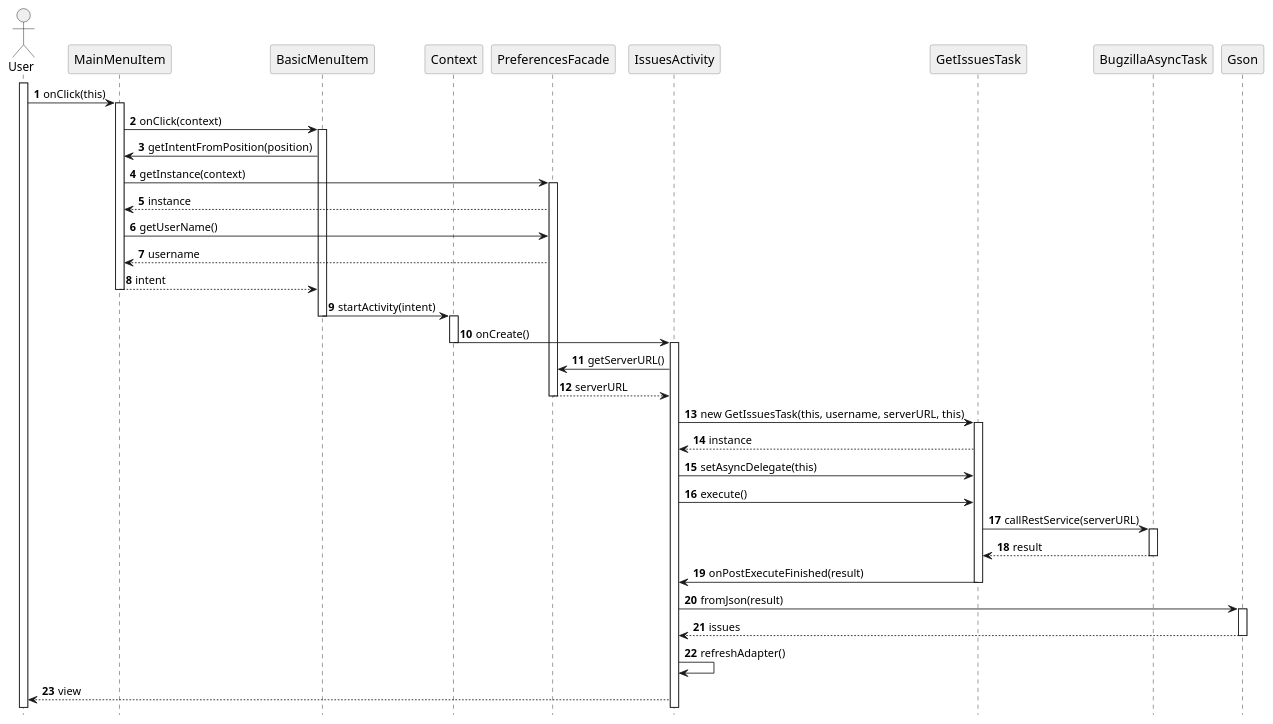
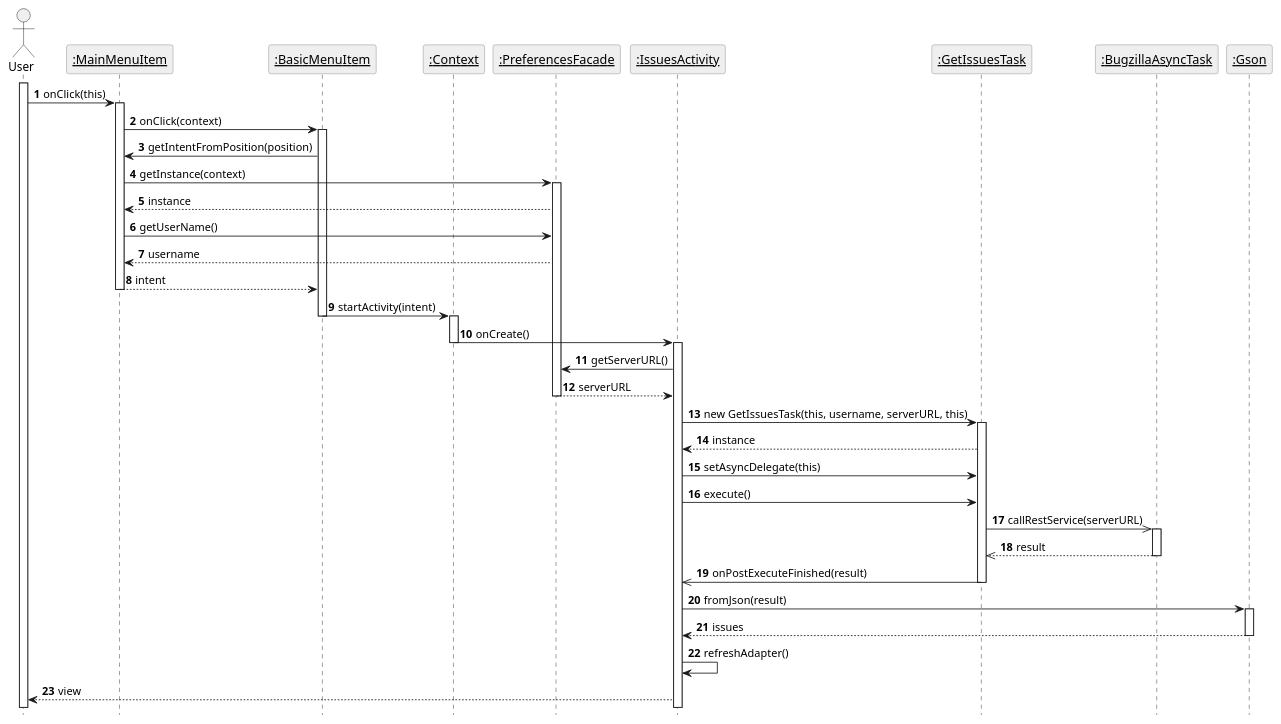
Before and after one commit to ErosFricker/bachelor-thesis: the diagram in sequence_diagrams/user_issues.puml, drawn with PlantUML. The commit also changed 73 other files, not shown here.

```diff
--- a/sequence_diagrams/user_issues.puml
+++ b/sequence_diagrams/user_issues.puml
@@ -1,75 +1,75 @@
 @startuml
 
 hide footbox
 
 autonumber
 
 skinparam sequence {
     ParticipantBorderColor grey
     ParticipantBackgroundColor #EFEFEF
     ParticipantFontName Futura
     ParticipantFontSize 15
 
     ActorBackgroundColor #EFEFEF
     ActorBorderColor black
 
     ArrowFontName Futura
 }
 
 actor User
-participant MainMenuItem
-participant BasicMenuItem
-participant Context
-participant PreferencesFacade
-participant IssuesActivity
-participant GetIssuesTask
-participant BugzillaAsyncTask
-participant Gson
+participant "__:MainMenuItem__"
+participant "__:BasicMenuItem__"
+participant "__:Context__"
+participant "__:PreferencesFacade__"
+participant "__:IssuesActivity__"
+participant "__:GetIssuesTask__"
+participant "__:BugzillaAsyncTask__"
+participant "__:Gson__"
 
 activate User
-User -> MainMenuItem:onClick(this)
-activate MainMenuItem
-MainMenuItem -> BasicMenuItem:onClick(context)
-activate BasicMenuItem
-BasicMenuItem -> MainMenuItem:getIntentFromPosition(position)
-MainMenuItem -> PreferencesFacade:getInstance(context)
-activate PreferencesFacade
-PreferencesFacade --> MainMenuItem: instance
-MainMenuItem -> PreferencesFacade: getUserName()
-PreferencesFacade --> MainMenuItem: username
-MainMenuItem --> BasicMenuItem:intent
- deactivate MainMenuItem
+User -> "__:MainMenuItem__":onClick(this)
+activate "__:MainMenuItem__"
+"__:MainMenuItem__" -> "__:BasicMenuItem__":onClick(context)
+activate "__:BasicMenuItem__"
+"__:BasicMenuItem__" -> "__:MainMenuItem__":getIntentFromPosition(position)
+"__:MainMenuItem__" -> "__:PreferencesFacade__":getInstance(context)
+activate "__:PreferencesFacade__"
+"__:PreferencesFacade__" --> "__:MainMenuItem__": instance
+"__:MainMenuItem__" -> "__:PreferencesFacade__": getUserName()
+"__:PreferencesFacade__" --> "__:MainMenuItem__": username
+"__:MainMenuItem__" --> "__:BasicMenuItem__":intent
+ deactivate "__:MainMenuItem__"
 
- BasicMenuItem -> Context:startActivity(intent)
- deactivate BasicMenuItem
+ "__:BasicMenuItem__" -> "__:Context__":startActivity(intent)
+ deactivate "__:BasicMenuItem__"
 
- activate Context
- Context -> IssuesActivity:onCreate()
- deactivate Context
- activate IssuesActivity
- IssuesActivity -> PreferencesFacade:getServerURL()
- PreferencesFacade --> IssuesActivity:serverURL
- deactivate PreferencesFacade
- IssuesActivity -> GetIssuesTask: new GetIssuesTask(this, username, serverURL, this)
- activate GetIssuesTask
- GetIssuesTask --> IssuesActivity:instance
- IssuesActivity -> GetIssuesTask:setAsyncDelegate(this)
- IssuesActivity -> GetIssuesTask:execute()
- GetIssuesTask -> BugzillaAsyncTask:callRestService(serverURL)
- activate BugzillaAsyncTask
- BugzillaAsyncTask --> GetIssuesTask:result
- deactivate BugzillaAsyncTask
- GetIssuesTask -> IssuesActivity:onPostExecuteFinished(result)
- deactivate GetIssuesTask
- IssuesActivity -> Gson:fromJson(result)
- activate Gson
- Gson --> IssuesActivity: issues
- deactivate Gson
- IssuesActivity -> IssuesActivity:refreshAdapter()
- IssuesActivity --> User:view
+ activate "__:Context__"
+ "__:Context__" -> "__:IssuesActivity__":onCreate()
+ deactivate "__:Context__"
+ activate "__:IssuesActivity__"
+ "__:IssuesActivity__" -> "__:PreferencesFacade__":getServerURL()
+ "__:PreferencesFacade__" --> "__:IssuesActivity__":serverURL
+ deactivate "__:PreferencesFacade__"
+ "__:IssuesActivity__" -> "__:GetIssuesTask__": new GetIssuesTask(this, username, serverURL, this)
+ activate "__:GetIssuesTask__"
+ "__:GetIssuesTask__" --> "__:IssuesActivity__":instance
+ "__:IssuesActivity__" -> "__:GetIssuesTask__":setAsyncDelegate(this)
+ "__:IssuesActivity__" -> "__:GetIssuesTask__":execute()
+ "__:GetIssuesTask__" ->> "__:BugzillaAsyncTask__":callRestService(serverURL)
+ activate "__:BugzillaAsyncTask__"
+ "__:BugzillaAsyncTask__" -->> "__:GetIssuesTask__":result
+ deactivate "__:BugzillaAsyncTask__"
+ "__:GetIssuesTask__" ->> "__:IssuesActivity__":onPostExecuteFinished(result)
+ deactivate "__:GetIssuesTask__"
+ "__:IssuesActivity__" -> "__:Gson__":fromJson(result)
+ activate "__:Gson__"
+ "__:Gson__" --> "__:IssuesActivity__": issues
+ deactivate "__:Gson__"
+ "__:IssuesActivity__" -> "__:IssuesActivity__":refreshAdapter()
+ "__:IssuesActivity__" --> User:view
 
 
 
 
 
 @enduml
```
